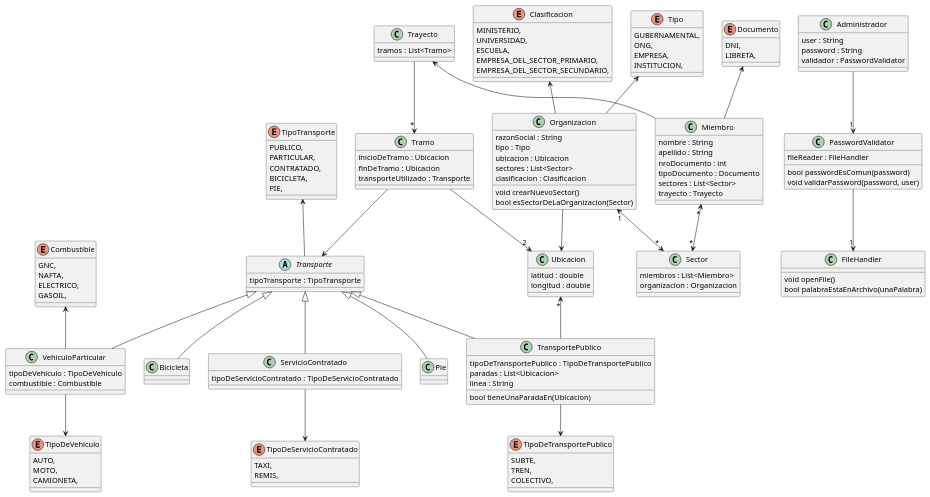
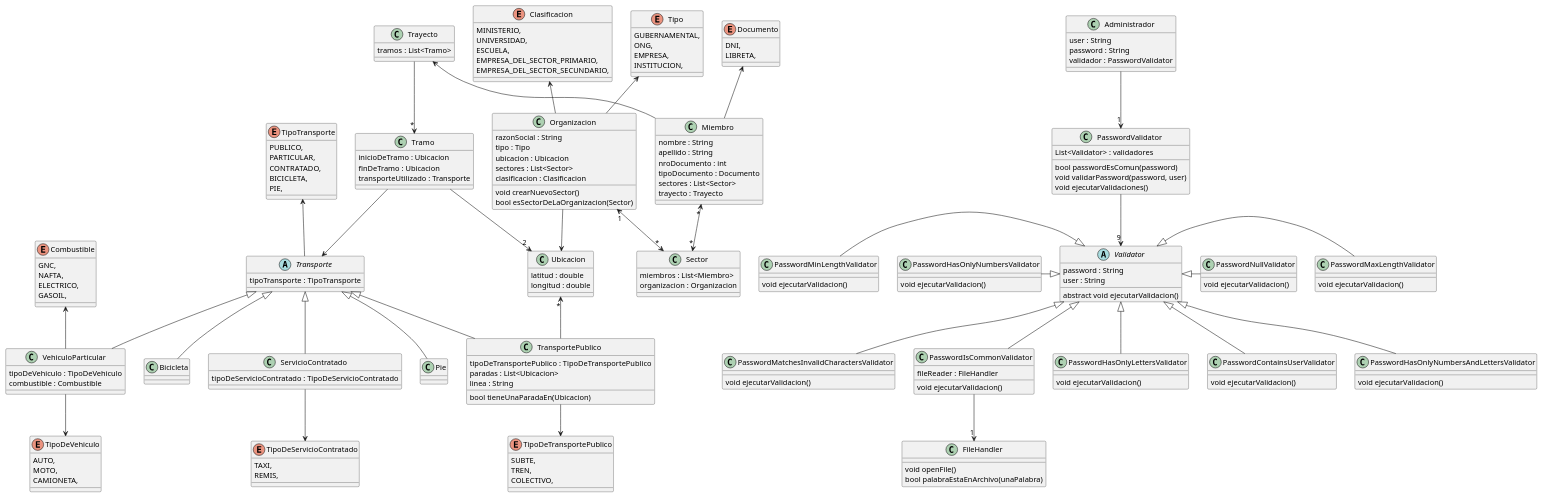
One commit to mbeorlegui/tpa-dds-2022 changed the diagram in Diagrama.puml. Above: the diagram before and after it, drawn with PlantUML. The commit also changed 1 other file, not shown here.

Commit message:
Update diagrama

```diff
--- a/Diagrama.puml
+++ b/Diagrama.puml
@@ -133,15 +133,75 @@
 }
 
 class PasswordValidator {
+  List<Validator> : validadores
   bool passwordEsComun(password)
   void validarPassword(password, user)
-  fileReader : FileHandler
+  void ejecutarValidaciones()
 }
 
 class FileHandler {
   void openFile()
   bool palabraEstaEnArchivo(unaPalabra)
 }
+
+abstract class Validator {
+  password : String
+  user : String
+  abstract void ejecutarValidacion()
+}
+
+class PasswordMatchesInvalidCharactersValidator {
+  void ejecutarValidacion()
+}
+
+class PasswordIsCommonValidator {
+  fileReader : FileHandler
+  void ejecutarValidacion()
+}
+
+class PasswordHasOnlyLettersValidator {
+  void ejecutarValidacion()
+}
+
+class PasswordContainsUserValidator {
+  void ejecutarValidacion()
+}
+
+
+class PasswordHasOnlyNumbersAndLettersValidator {
+  void ejecutarValidacion()
+}
+
+class PasswordHasOnlyNumbersValidator {
+  void ejecutarValidacion()
+}
+
+class PasswordMaxLengthValidator {
+  void ejecutarValidacion()
+}
+
+class PasswordMinLengthValidator {
+  void ejecutarValidacion()
+}
+
+class PasswordNullValidator {
+  void ejecutarValidacion()
+}
+
+
+Administrador -down->"1" PasswordValidator
+PasswordValidator --> "9" Validator
+Validator <|-down- PasswordIsCommonValidator
+PasswordIsCommonValidator -down->"1" FileHandler
+Validator <|-down- PasswordHasOnlyLettersValidator
+Validator <|-down- PasswordContainsUserValidator
+Validator <|-down- PasswordHasOnlyNumbersAndLettersValidator
+Validator <|-left- PasswordHasOnlyNumbersValidator
+Validator <|-right- PasswordMaxLengthValidator
+Validator <|-left- PasswordMinLengthValidator
+Validator <|-right- PasswordNullValidator
+Validator <|-down- PasswordMatchesInvalidCharactersValidator
+
 
 Miembro "*"<-->"*" Sector
 Organizacion -up-> Tipo
@@ -167,8 +227,5 @@
 Bicicleta -up-|> Transporte
 ServicioContratado -up-|> Transporte
 
-Administrador -down->"1" PasswordValidator
-PasswordValidator -down->"1" FileHandler
-
 
 @enduml
```
